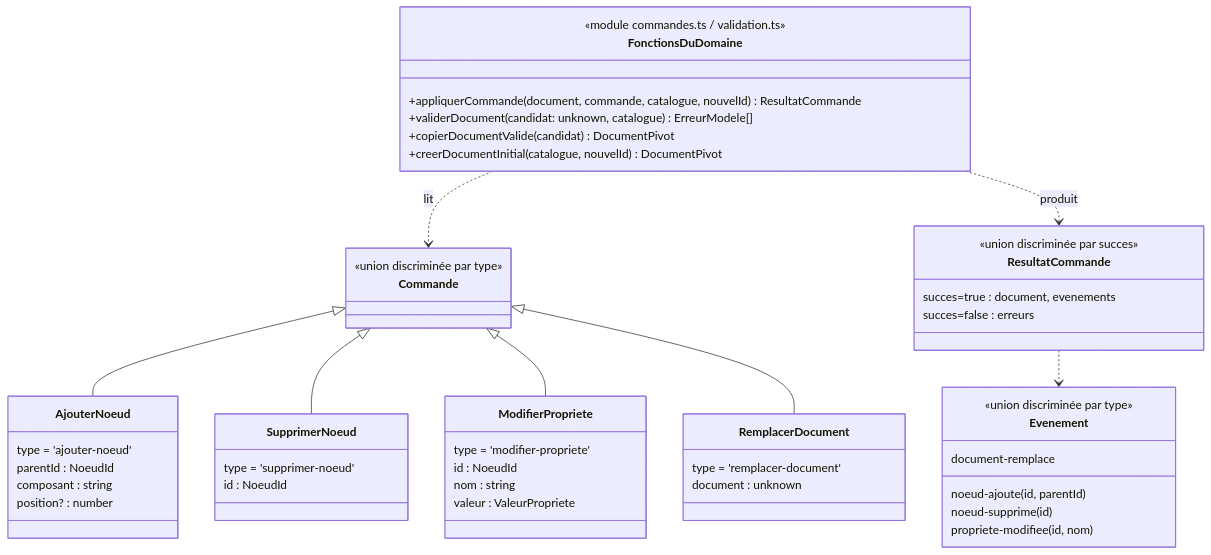
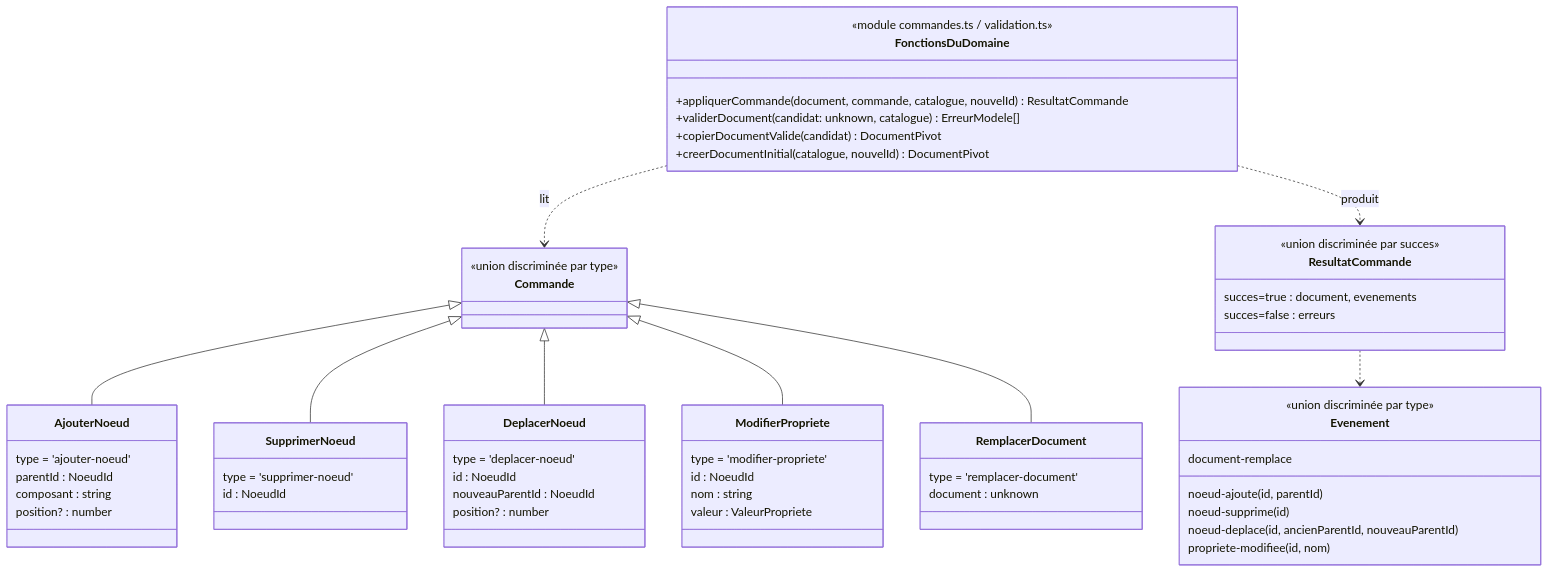
The diagram in docs/reference/diagrammes/06-classes-commandes.mmd (JuveHeydene/PivotCode), drawn with Mermaid before and after one commit. The commit also changed 249 other files, not shown here.

```diff
--- a/docs/reference/diagrammes/06-classes-commandes.mmd
+++ b/docs/reference/diagrammes/06-classes-commandes.mmd
@@ -1,52 +1,60 @@
 classDiagram
     direction TB
     class Commande {
         <<union discriminée par type>>
     }
     class AjouterNoeud {
         type = 'ajouter-noeud'
         parentId : NoeudId
         composant : string
         position? : number
     }
     class SupprimerNoeud {
         type = 'supprimer-noeud'
         id : NoeudId
     }
+    class DeplacerNoeud {
+        type = 'deplacer-noeud'
+        id : NoeudId
+        nouveauParentId : NoeudId
+        position? : number
+    }
     class ModifierPropriete {
         type = 'modifier-propriete'
         id : NoeudId
         nom : string
         valeur : ValeurPropriete
     }
     class RemplacerDocument {
         type = 'remplacer-document'
         document : unknown
     }
     Commande <|-- AjouterNoeud
     Commande <|-- SupprimerNoeud
+    Commande <|-- DeplacerNoeud
     Commande <|-- ModifierPropriete
     Commande <|-- RemplacerDocument
 
     class Evenement {
         <<union discriminée par type>>
         noeud-ajoute(id, parentId)
         noeud-supprime(id)
+        noeud-deplace(id, ancienParentId, nouveauParentId)
         propriete-modifiee(id, nom)
         document-remplace
     }
     class ResultatCommande {
         <<union discriminée par succes>>
         succes=true : document, evenements
         succes=false : erreurs
     }
     class FonctionsDuDomaine {
         <<module commandes.ts / validation.ts>>
         +appliquerCommande(document, commande, catalogue, nouvelId) ResultatCommande
         +validerDocument(candidat: unknown, catalogue) ErreurModele[]
         +copierDocumentValide(candidat) DocumentPivot
         +creerDocumentInitial(catalogue, nouvelId) DocumentPivot
     }
     FonctionsDuDomaine ..> Commande : lit
     FonctionsDuDomaine ..> ResultatCommande : produit
     ResultatCommande ..> Evenement
```
